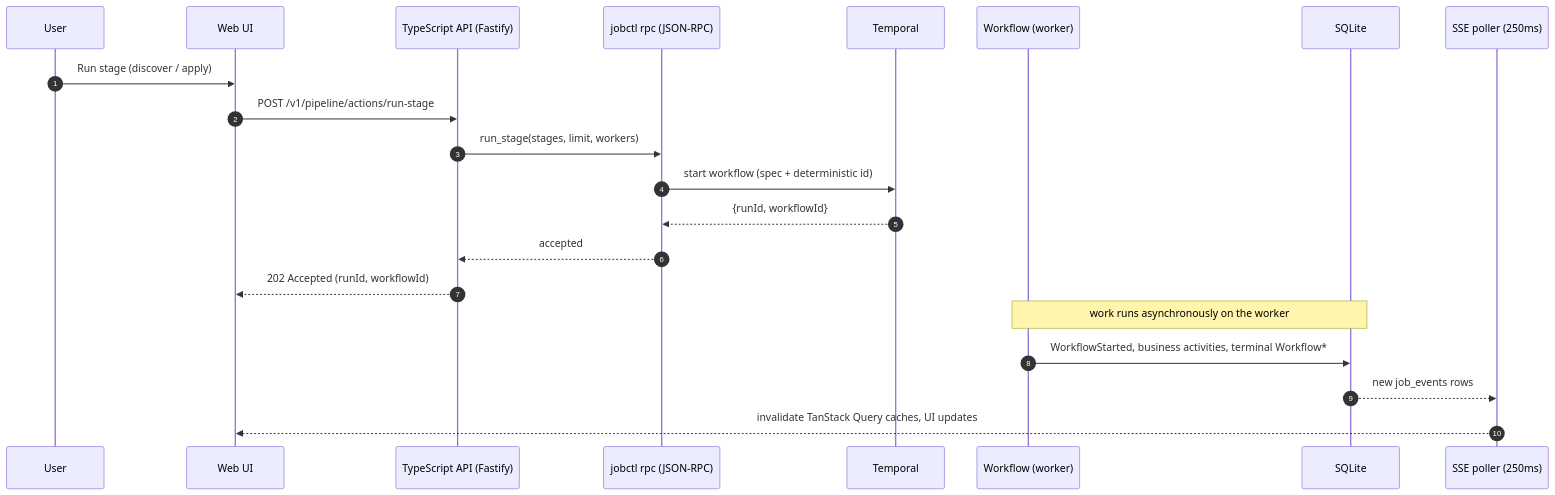
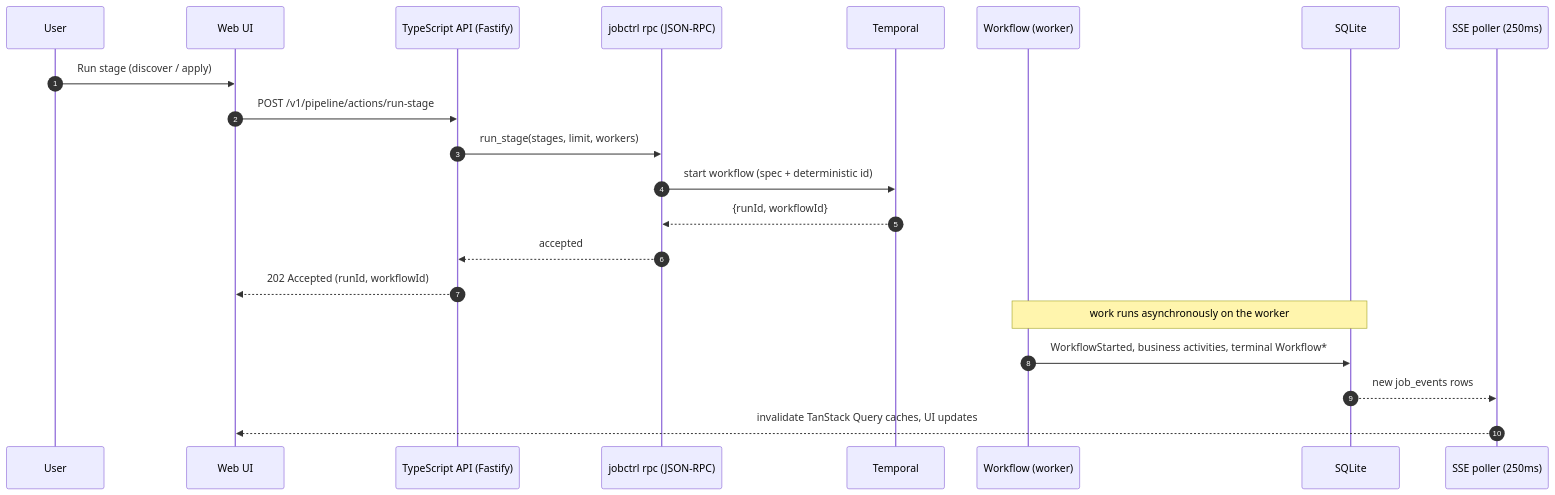
Before and after one commit to ebarti/JobCtrl: the diagram in docs/architecture/pipeline/index.md, drawn with Mermaid. The commit also changed other lines of this file and 1284 other files, not shown here.

````diff
--- a/docs/architecture/pipeline/index.md
+++ b/docs/architecture/pipeline/index.md
@@ -127,24 +127,24 @@
 ```mermaid
 sequenceDiagram
     autonumber
     participant User
     participant Web as Web UI
     participant Api as TypeScript API (Fastify)
-    participant Rpc as jobctl rpc (JSON-RPC)
+    participant Rpc as jobctrl rpc (JSON-RPC)
     participant T as Temporal
     participant WF as Workflow (worker)
     participant DB as SQLite
     participant SSE as SSE poller (250ms)
 
     User->>Web: Run stage (discover / apply)
     Web->>Api: POST /v1/pipeline/actions/run-stage
     Api->>Rpc: run_stage(stages, limit, workers)
     Rpc->>T: start workflow (spec + deterministic id)
     T-->>Rpc: {runId, workflowId}
     Rpc-->>Api: accepted
     Api-->>Web: 202 Accepted (runId, workflowId)
     Note over WF,DB: work runs asynchronously on the worker
     WF->>DB: WorkflowStarted, business activities, terminal Workflow*
     DB-->>SSE: new job_events rows
     SSE-->>Web: invalidate TanStack Query caches, UI updates
 ```
````
